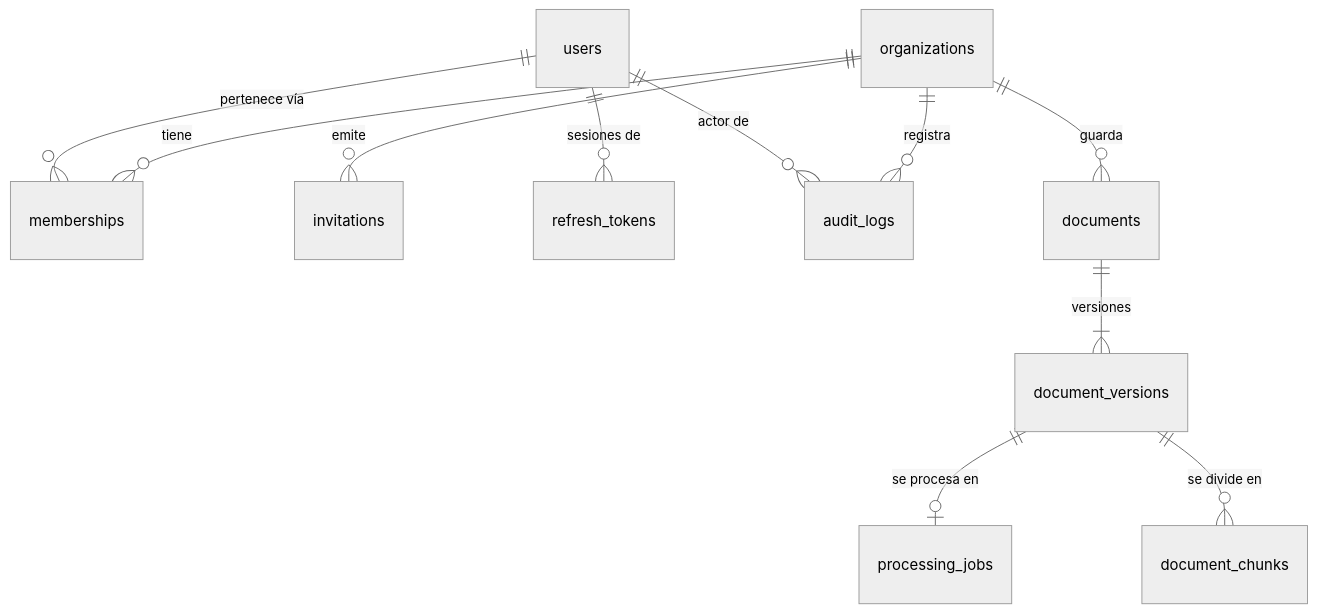
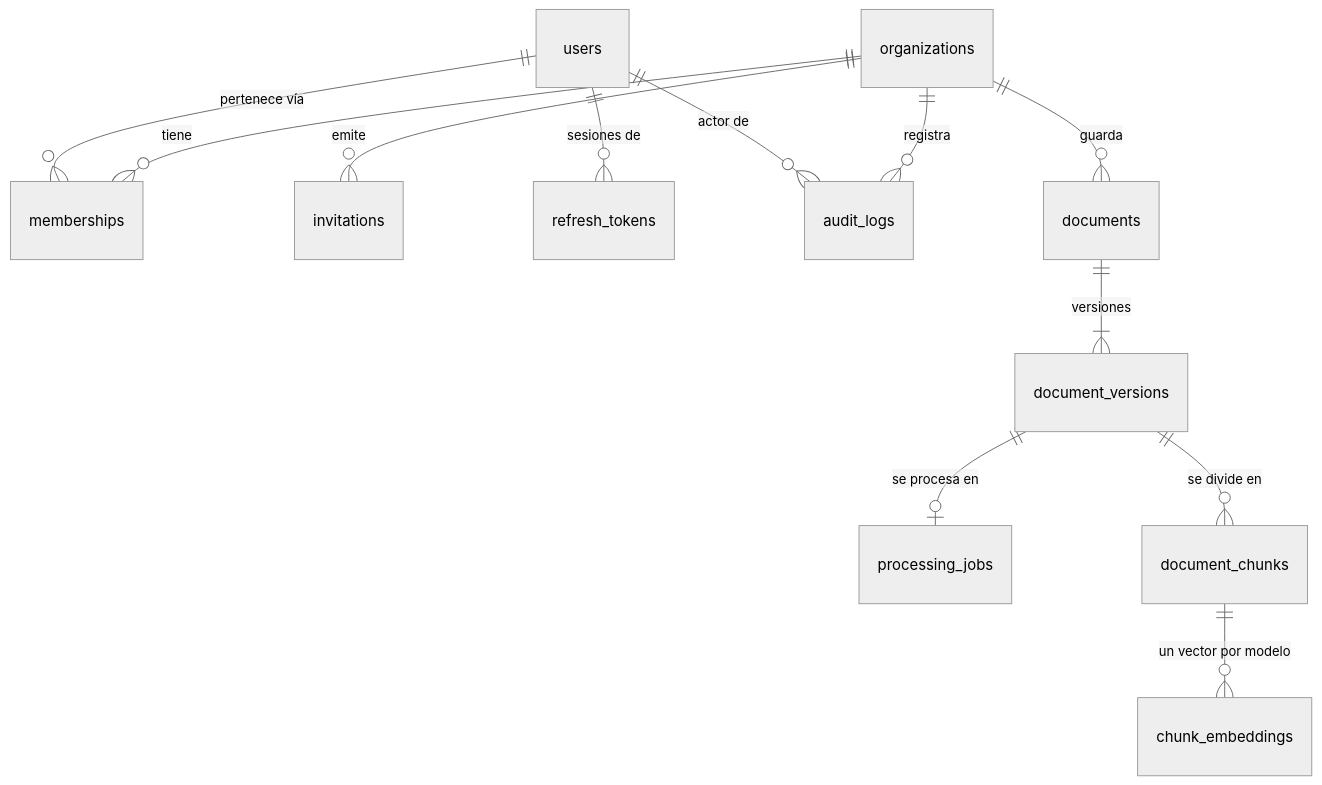
The fifth of 9 diagrams in docs/arquitectura-del-codigo.md (oeRusso/documind-ai), drawn with Mermaid (neutral theme) before and after one commit. The commit also changed other lines of this file and 23 other files, not shown here.

````diff
--- a/docs/arquitectura-del-codigo.md
+++ b/docs/arquitectura-del-codigo.md
@@ -359,13 +391,14 @@
 ```mermaid
 erDiagram
     organizations ||--o{ memberships : tiene
     users ||--o{ memberships : "pertenece vía"
     organizations ||--o{ invitations : emite
     users ||--o{ refresh_tokens : "sesiones de"
     organizations ||--o{ audit_logs : registra
     organizations ||--o{ documents : guarda
     documents ||--|{ document_versions : "versiones"
     document_versions ||--o| processing_jobs : "se procesa en"
     document_versions ||--o{ document_chunks : "se divide en"
+    document_chunks ||--o{ chunk_embeddings : "un vector por modelo"
     users ||--o{ audit_logs : "actor de"
 ```
````
